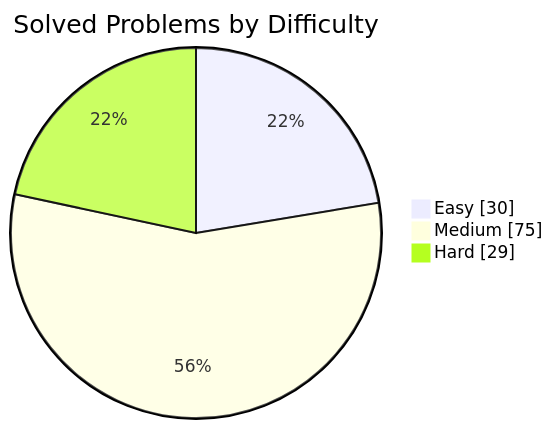
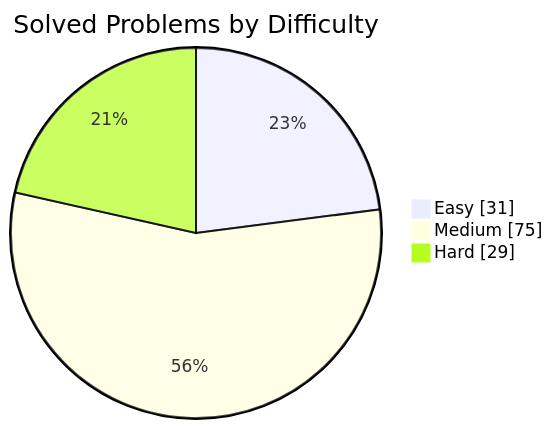
The first of 2 diagrams in README.md (manikantbindass/DSA-Preparation-FAANG), drawn with Mermaid before and after one commit. The commit also changed other lines of this file, not shown here.

````diff
--- a/README.md
+++ b/README.md
@@ -38,7 +38,7 @@
 ```mermaid
 pie showData
     title Solved Problems by Difficulty
-    "Easy" : 30
+    "Easy" : 31
     "Medium" : 75
     "Hard" : 29
 ```
````
